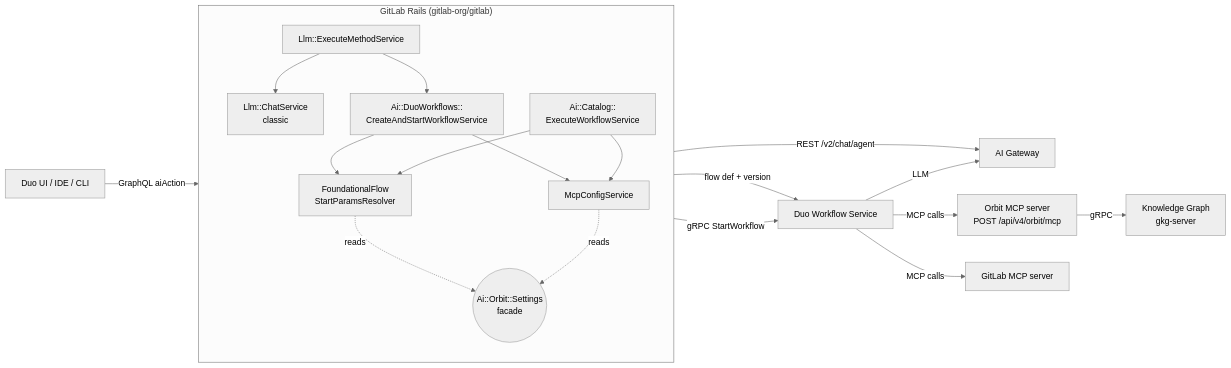
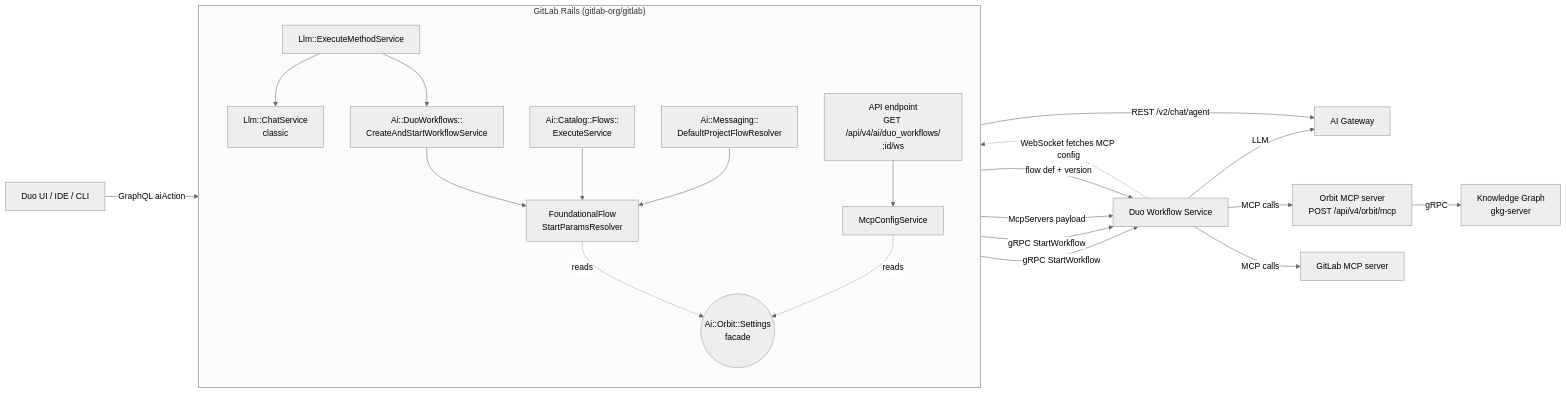
Before and after one commit to gitlabhq/orbit-knowledge-graph: the first of 2 diagrams in docs/design-documents/duo_orbit_prompt_routing.md, drawn with Mermaid (neutral theme). The commit also changed other lines of this file, not shown here.

````diff
--- a/docs/design-documents/duo_orbit_prompt_routing.md
+++ b/docs/design-documents/duo_orbit_prompt_routing.md
@@ -132,31 +147,36 @@
 ```mermaid
 flowchart LR
     UI[Duo UI / IDE / CLI] -->|GraphQL aiAction| Rails
 
     subgraph Rails["GitLab Rails (gitlab-org/gitlab)"]
         direction TB
         ExecMethod[Llm::ExecuteMethodService]
         ChatSvc[Llm::ChatService<br/>classic]
         CreateWf[Ai::DuoWorkflows::<br/>CreateAndStartWorkflowService]
-        ExecCat[Ai::Catalog::<br/>ExecuteWorkflowService]
+        ExecFlow[Ai::Catalog::Flows::<br/>ExecuteService]
+        DefaultProj[Ai::Messaging::<br/>DefaultProjectFlowResolver]
+        WfApi[API endpoint<br/>GET /api/v4/ai/duo_workflows/<br/>:id/ws]
         Resolver[FoundationalFlow<br/>StartParamsResolver]
         McpCfg[McpConfigService]
         Settings((Ai::Orbit::Settings<br/>facade))
         ExecMethod --> ChatSvc
         ExecMethod --> CreateWf
         CreateWf --> Resolver
-        CreateWf --> McpCfg
-        ExecCat --> Resolver
-        ExecCat --> McpCfg
+        ExecFlow --> Resolver
+        DefaultProj --> Resolver
+        WfApi --> McpCfg
         Resolver -. reads .-> Settings
         McpCfg -. reads .-> Settings
     end
 
     ChatSvc -->|REST /v2/chat/agent| AIGW[AI Gateway]
-    McpCfg -->|gRPC StartWorkflow| DWS
-    Resolver -->|flow def + version| DWS[Duo Workflow Service]
+    CreateWf -->|gRPC StartWorkflow| DWS[Duo Workflow Service]
+    ExecFlow -->|gRPC StartWorkflow| DWS
+    DWS -. WebSocket fetches MCP config .-> WfApi
+    McpCfg -->|McpServers payload| DWS
+    Resolver -->|flow def + version| DWS
     DWS -->|MCP calls| OrbitMCP[Orbit MCP server<br/>POST /api/v4/orbit/mcp]
     DWS -->|MCP calls| GitLabMCP[GitLab MCP server]
     DWS -->|LLM| AIGW
     OrbitMCP -->|gRPC| GKG[Knowledge Graph<br/>gkg-server]
 ```
````
